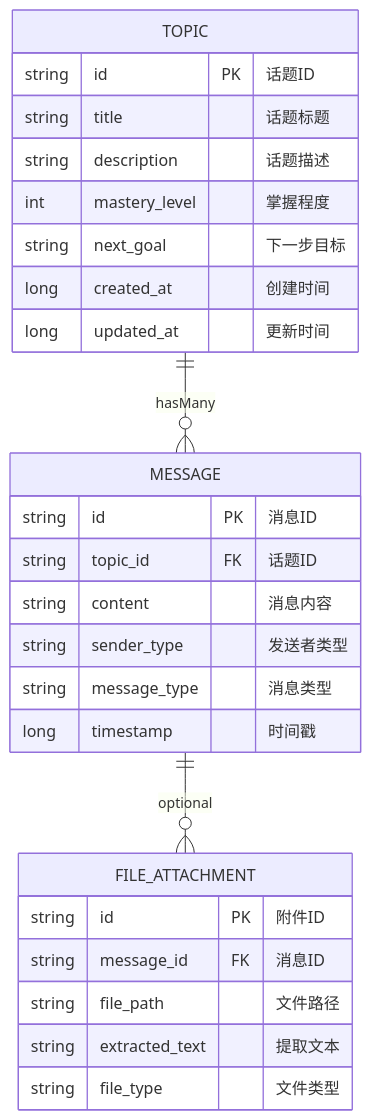
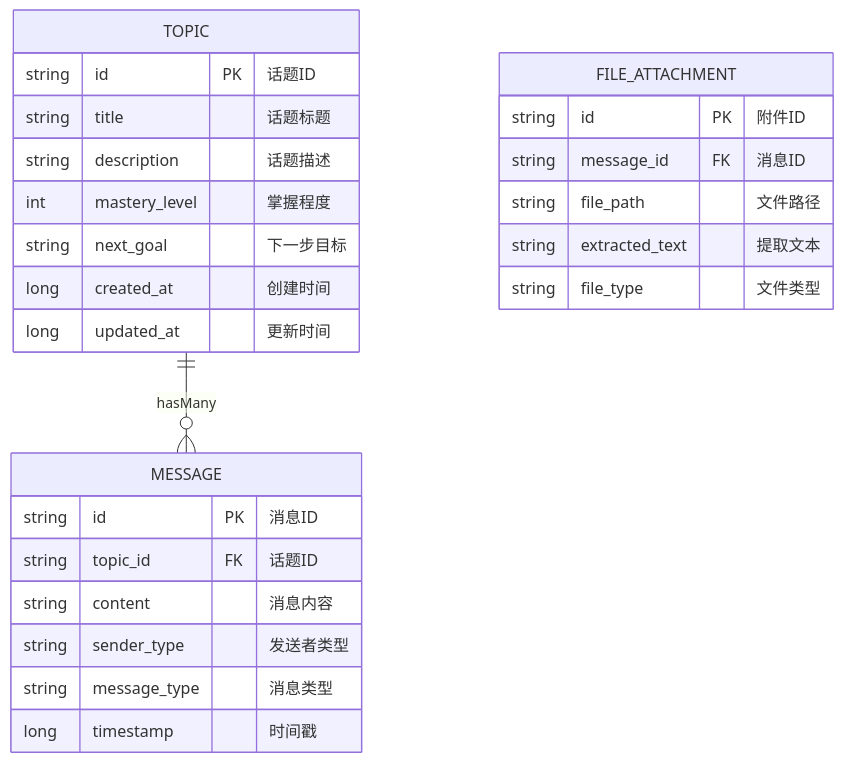
Diagram 28 of 36 in autodroid-TeachItBack/DESIGN.md (terminail/autodroid), drawn with Mermaid before and after one commit. The commit also changed other lines of this file and 70 other files, not shown here.

````diff
--- a/autodroid-TeachItBack/DESIGN.md
+++ b/autodroid-TeachItBack/DESIGN.md
@@ -558,32 +1045,31 @@
 ```mermaid
 erDiagram
-    TOPIC ||--o{ MESSAGE : "hasMany"
-    MESSAGE ||--o{ FILE_ATTACHMENT : "optional"
-    
     TOPIC {
         string id PK "话题ID"
         string title "话题标题"
         string description "话题描述"
         int mastery_level "掌握程度"
         string next_goal "下一步目标"
         long created_at "创建时间"
         long updated_at "更新时间"
     }
     
     MESSAGE {
         string id PK "消息ID"
         string topic_id FK "话题ID"
         string content "消息内容"
         string sender_type "发送者类型"
         string message_type "消息类型"
         long timestamp "时间戳"
     }
     
+    TOPIC ||--o{ MESSAGE : hasMany
+    
     FILE_ATTACHMENT {
         string id PK "附件ID"
         string message_id FK "消息ID"
         string file_path "文件路径"
         string extracted_text "提取文本"
         string file_type "文件类型"
     }
 ```
````
